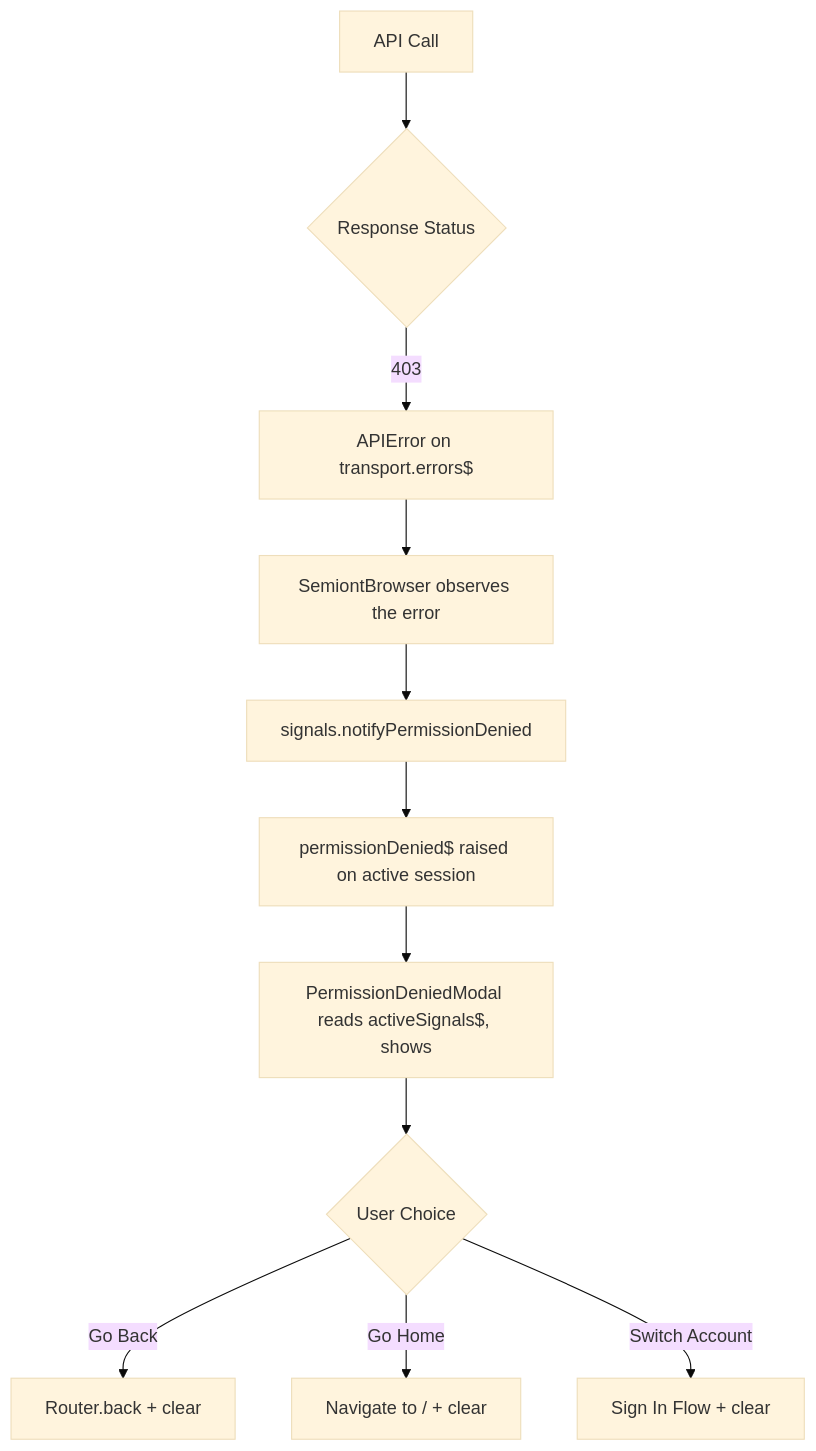
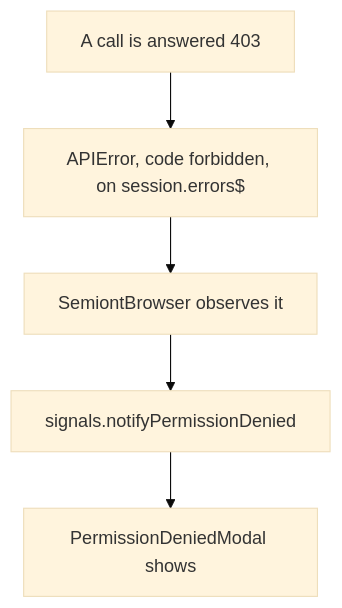
One commit to The-AI-Alliance/semiont changed the diagram in apps/browser/docs/AUTHORIZATION.md. Above: the diagram before and after it, drawn with Mermaid (base theme). The commit also changed other lines of this file and 66 other files, not shown here.

First line of the commit message:
Compliance audits can fail; apps docs match the architecture; launcher, spec and test fixes (#1564)

````diff
--- a/apps/browser/docs/AUTHORIZATION.md
+++ b/apps/browser/docs/AUTHORIZATION.md
@@ -78,13 +50,7 @@
 ```mermaid
 flowchart TD
-    A[API Call] --> B{Response Status}
-    B -->|403| C[APIError on transport.errors$]
-    C --> D[SemiontBrowser observes the error]
+    A[A call is answered 403] --> C[APIError, code forbidden, on session.errors$]
+    C --> D[SemiontBrowser observes it]
     D --> E[signals.notifyPermissionDenied]
-    E --> F[permissionDenied$ raised on active session]
-    F --> G[PermissionDeniedModal reads activeSignals$, shows]
-    G --> H{User Choice}
-    H -->|Go Back| I[Router.back + clear]
-    H -->|Go Home| J[Navigate to / + clear]
-    H -->|Switch Account| K[Sign In Flow + clear]
+    E --> G[PermissionDeniedModal shows]
 ```
````
